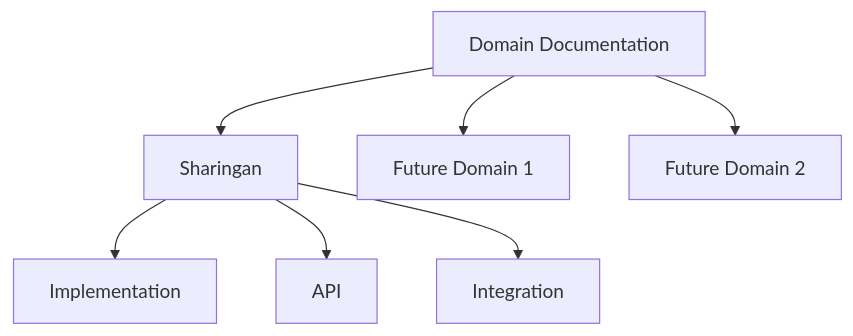
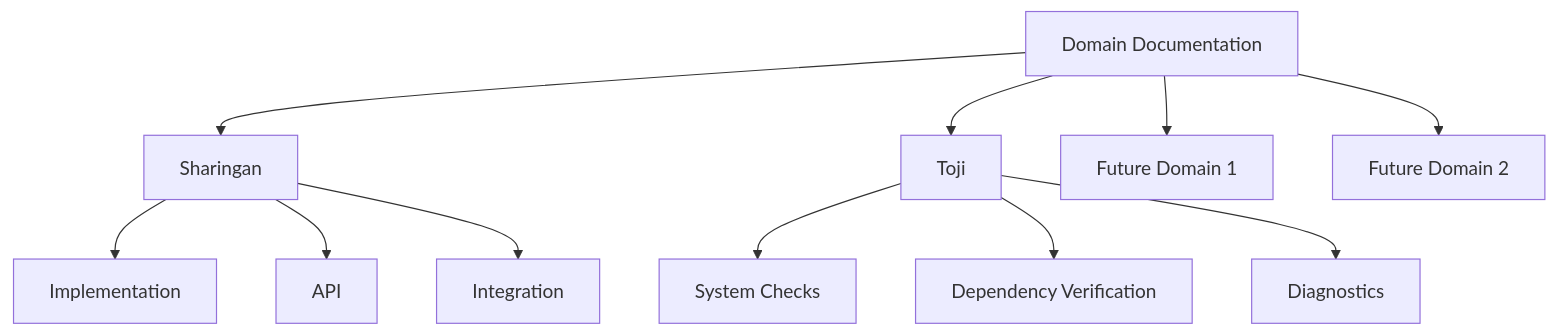
Before and after one commit to piabrota/ihoje: the diagram in docs/domain/README.md, drawn with Mermaid. The commit also changed other lines of this file and 184 other files, not shown here.

````diff
--- a/docs/domain/README.md
+++ b/docs/domain/README.md
@@ -21,10 +31,15 @@
 ```mermaid
 graph TD
     A[Domain Documentation] --> B[Sharingan]
+    A --> T[Toji]
     A --> C[Future Domain 1]
     A --> D[Future Domain 2]
     
     B --> B1[Implementation]
     B --> B2[API]
     B --> B3[Integration]
+    
+    T --> T1[System Checks]
+    T --> T2[Dependency Verification]
+    T --> T3[Diagnostics]
 ```
````
